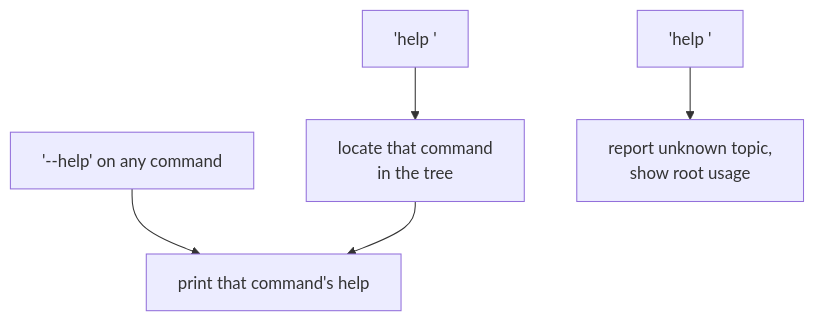
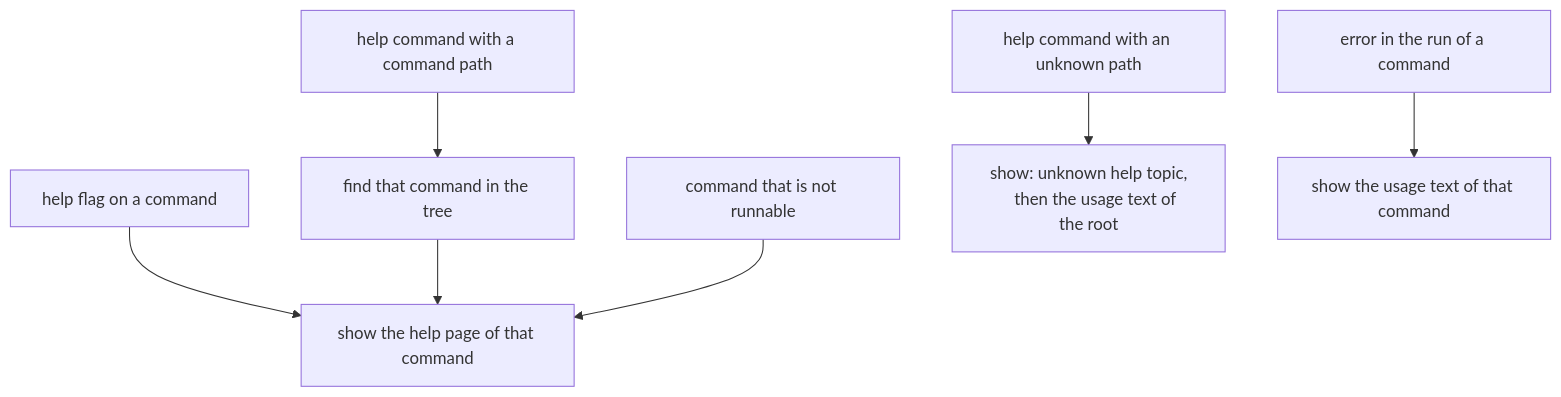
Before and after one commit to KeunwooPark/cluedoc: the second of 3 diagrams in docs/examples/cobra/.cluedoc/help-and-usage/README.md, drawn with Mermaid. The commit also changed other lines of this file and 22 other files, not shown here.

````diff
--- a/docs/examples/cobra/.cluedoc/help-and-usage/README.md
+++ b/docs/examples/cobra/.cluedoc/help-and-usage/README.md
@@ -53,8 +71,9 @@
 ```mermaid
 flowchart TD
-    A["'--help' on any command"] --> P["print that command's help"]
-    B["'help <command>'"] --> FIND["locate that command
-    in the tree"] --> P
-    B2["'help <unknown>'"] --> MISS["report unknown topic,
-    show root usage"]
+    A["help flag on a command"] --> P["show the help page of that command"]
+    B["help command with a command path"] --> FIND["find that command in the tree"] --> P
+    C["command that is not runnable"] --> P
+    B2["help command with an unknown path"] --> MISS["show: unknown help topic,
+    then the usage text of the root"]
+    E["error in the run of a command"] --> U["show the usage text of that command"]
 ```
````
